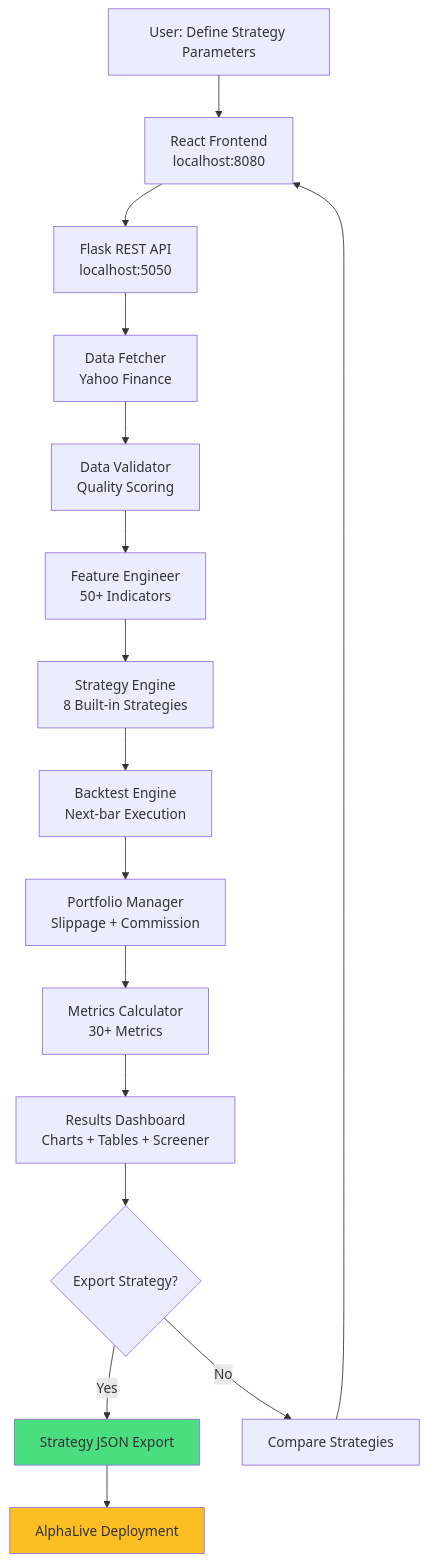
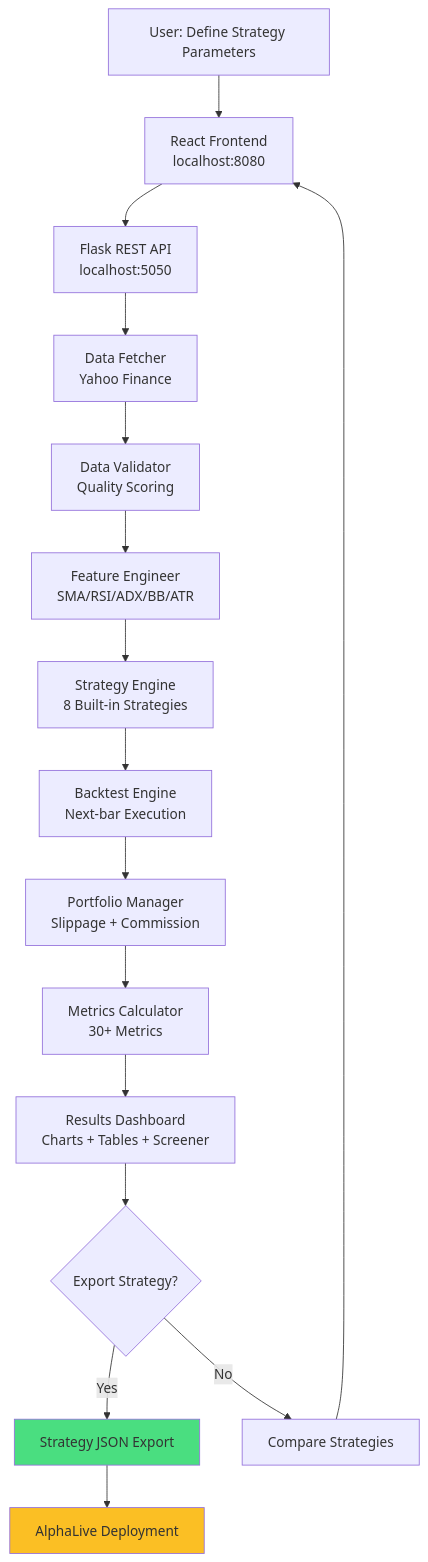
One commit to bernardoguterres/AlphaLab changed the diagram in README.md. Above: the diagram before and after it, drawn with Mermaid. The commit also changed other lines of this file and 2 other files, not shown here.

Commit message:
fix: trim FeatureEngineer to indicators actually used, correct doc claims

````diff
--- a/README.md
+++ b/README.md
@@ -11,21 +11,21 @@
 ```mermaid
 flowchart TD
     A[User: Define Strategy Parameters] --> B[React Frontend<br/>localhost:8080]
     B --> C[Flask REST API<br/>localhost:5050]
     C --> D[Data Fetcher<br/>Yahoo Finance]
     D --> E[Data Validator<br/>Quality Scoring]
-    E --> F[Feature Engineer<br/>50+ Indicators]
+    E --> F[Feature Engineer<br/>SMA/RSI/ADX/BB/ATR]
     F --> G[Strategy Engine<br/>8 Built-in Strategies]
     G --> H[Backtest Engine<br/>Next-bar Execution]
     H --> I[Portfolio Manager<br/>Slippage + Commission]
     I --> J[Metrics Calculator<br/>30+ Metrics]
     J --> K[Results Dashboard<br/>Charts + Tables + Screener]
     K --> L{Export Strategy?}
     L -->|Yes| M[Strategy JSON Export]
     M --> N[AlphaLive Deployment]
     L -->|No| O[Compare Strategies]
     O --> B
     
     style M fill:#4ade80
     style N fill:#fbbf24
 ```
````
